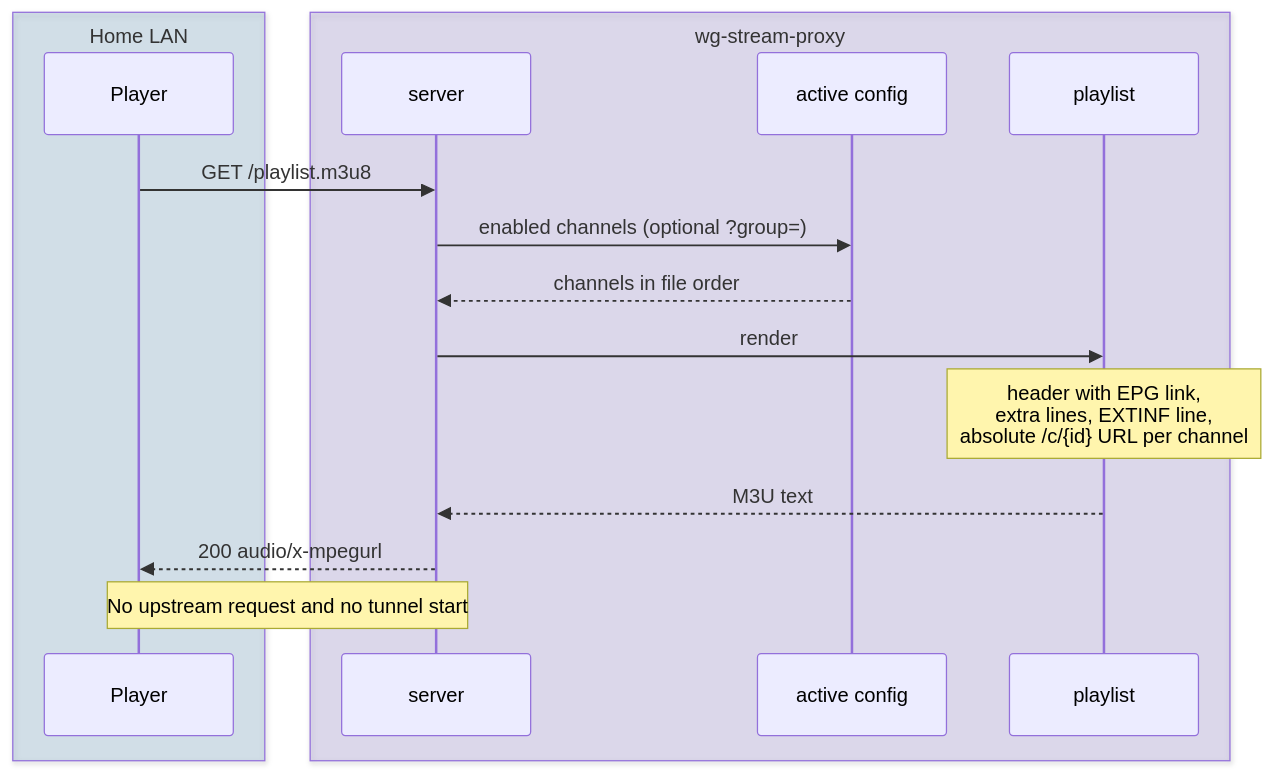
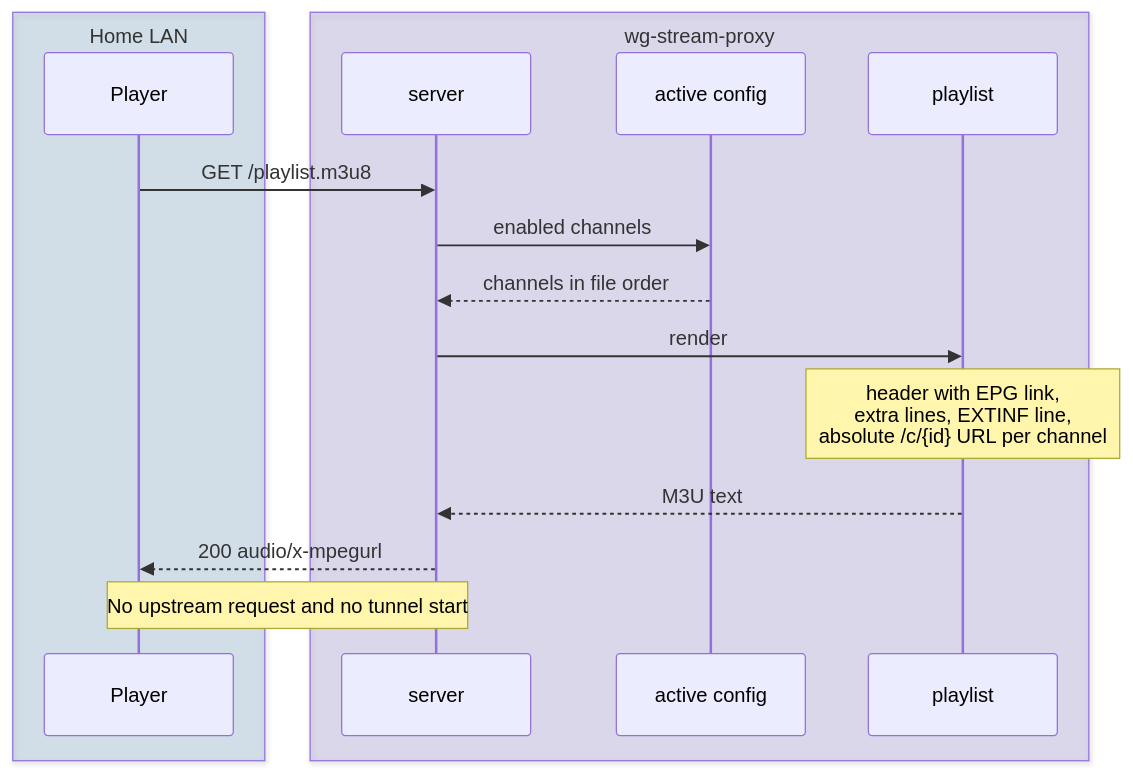
Before and after one commit to KingOfKalk/wg-stream-proxy: the fourth of 18 diagrams in docs/architecture.md, drawn with Mermaid. The commit also changed other lines of this file and 50 other files, not shown here.

````diff
--- a/docs/architecture.md
+++ b/docs/architecture.md
@@ -224,20 +224,20 @@
 ```mermaid
 sequenceDiagram
     box rgba(59,127,176,0.18) Home LAN
         participant P as Player
     end
     box rgba(111,92,194,0.18) wg-stream-proxy
         participant S as server
         participant C as active config
         participant L as playlist
     end
 
     P->>S: GET /playlist.m3u8
-    S->>C: enabled channels (optional ?group=)
+    S->>C: enabled channels
     C-->>S: channels in file order
     S->>L: render
     Note over L: header with EPG link,<br/>extra lines, EXTINF line,<br/>absolute /c/{id} URL per channel
     L-->>S: M3U text
     S-->>P: 200 audio/x-mpegurl
     Note over P,S: No upstream request and no tunnel start
 ```
````
